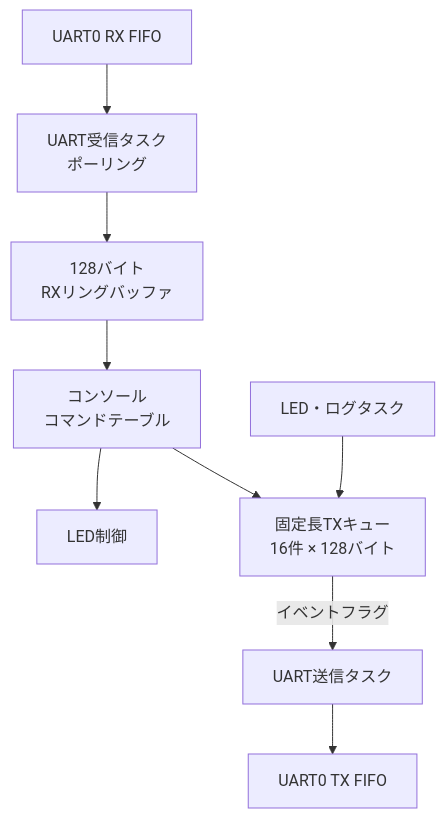
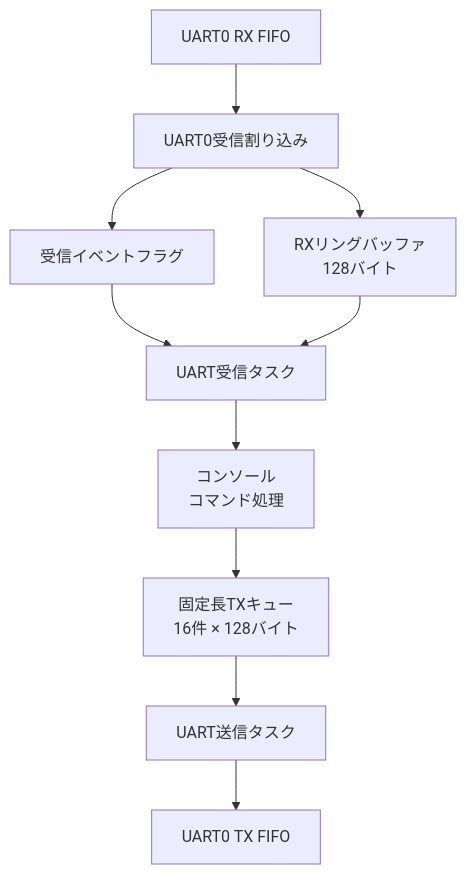
Before and after one commit to kazu025/trykernel-rp2040-console: the diagram in README.md, drawn with Mermaid. The commit also changed other lines of this file, not shown here.

Commit message:
Update README for event-driven UART receive

````diff
--- a/README.md
+++ b/README.md
@@ -43,11 +67,22 @@
 ```mermaid
 flowchart TD
-    RXF["UART0 RX FIFO"] --> POLL["UART受信タスク<br/>ポーリング"]
-    POLL --> RXB["128バイト<br/>RXリングバッファ"]
-    RXB --> CON["コンソール<br/>コマンドテーブル"]
-    CON --> LED["LED制御"]
-    CON --> TXQ["固定長TXキュー<br/>16件 × 128バイト"]
-    APP["LED・ログタスク"] --> TXQ
-    TXQ -->|イベントフラグ| TXT["UART送信タスク"]
-    TXT --> TXF["UART0 TX FIFO"]
+    RXF["UART0 RX FIFO"]
+    IRQ["UART0受信割り込み"]
+    RXB["RXリングバッファ<br/>128バイト"]
+    EVT["受信イベントフラグ"]
+    RXT["UART受信タスク"]
+    CON["コンソール<br/>コマンド処理"]
+    TXQ["固定長TXキュー<br/>16件 × 128バイト"]
+    TXT["UART送信タスク"]
+    TXF["UART0 TX FIFO"]
+
+    RXF --> IRQ
+    IRQ --> RXB
+    IRQ --> EVT
+    EVT --> RXT
+    RXB --> RXT
+    RXT --> CON
+    CON --> TXQ
+    TXQ --> TXT
+    TXT --> TXF
 ```
````
